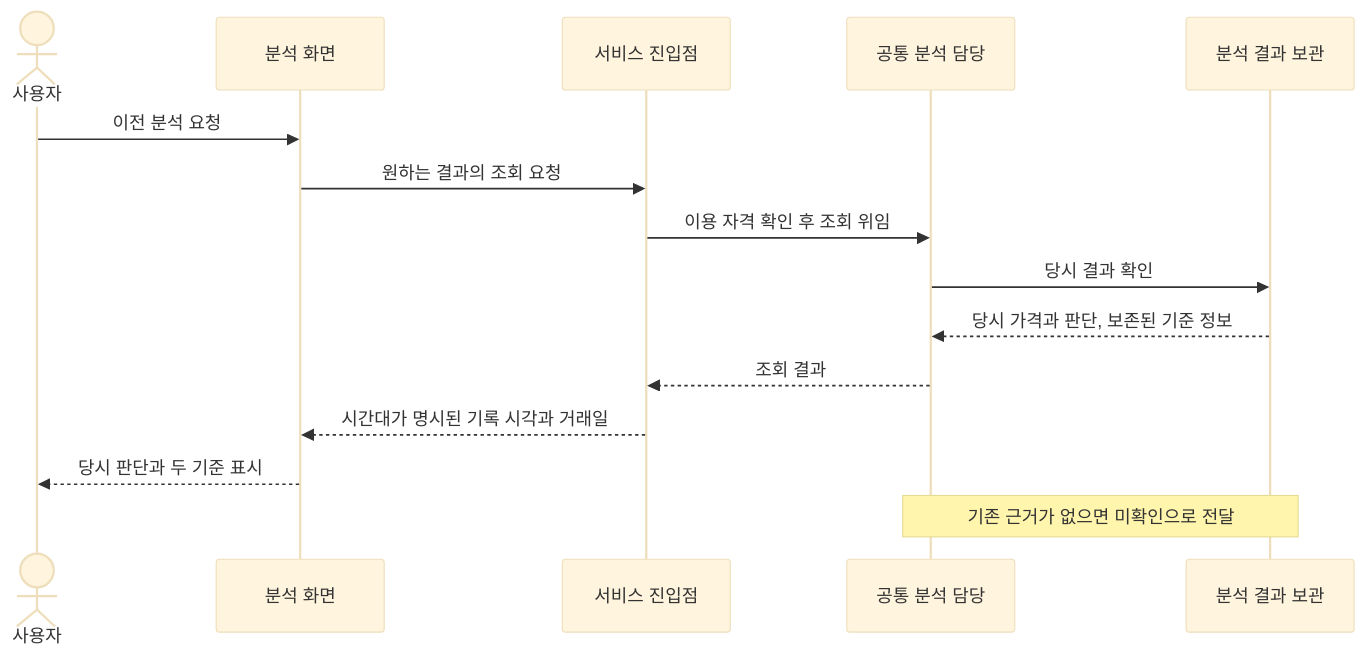
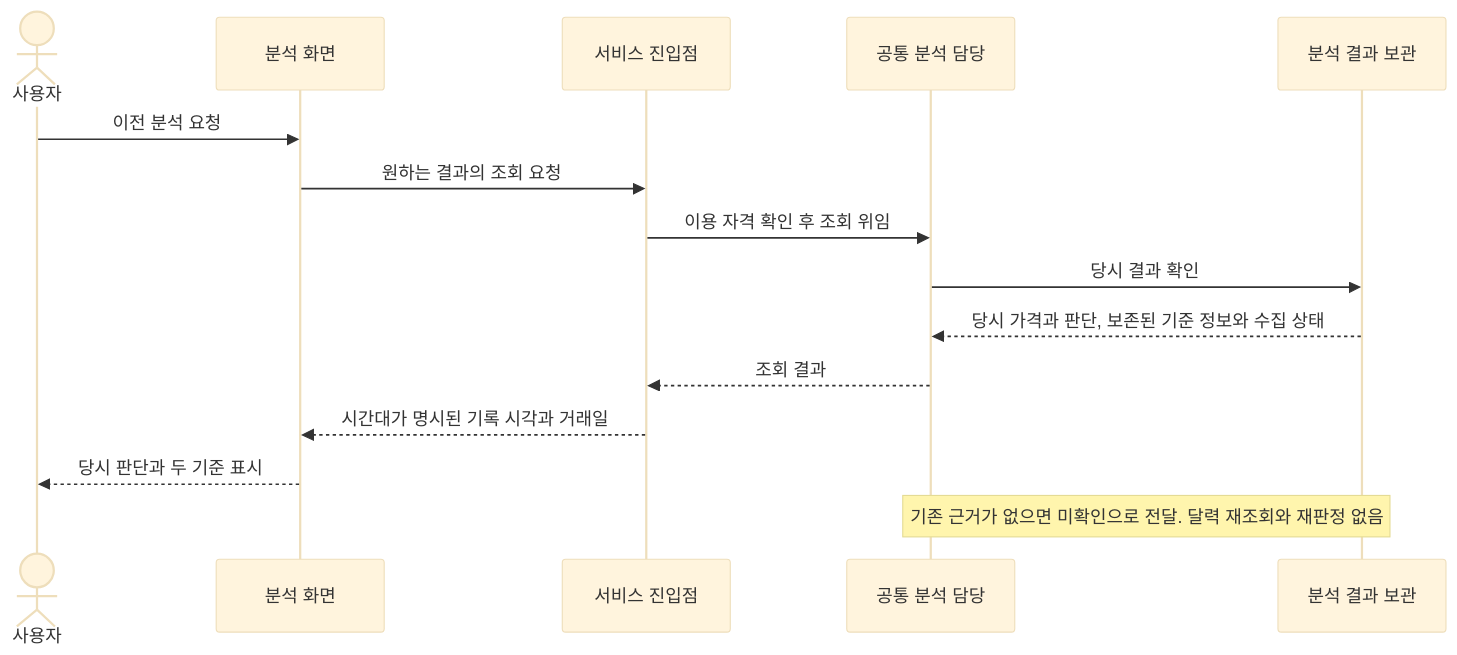
The fourth of 8 diagrams in design/analysis_time_basis_design.md (PhilPark-geosr/stock-agent), drawn with Mermaid (base theme) before and after one commit. The commit also changed other lines of this file and 16 other files, not shown here.

````diff
--- a/design/analysis_time_basis_design.md
+++ b/design/analysis_time_basis_design.md
@@ -119,17 +161,17 @@
 ```mermaid
 sequenceDiagram
     actor U as 사용자
     participant V as 분석 화면
     participant E as 서비스 진입점
     participant A as 공통 분석 담당
     participant R as 분석 결과 보관
     U->>V: 이전 분석 요청
     V->>E: 원하는 결과의 조회 요청
     E->>A: 이용 자격 확인 후 조회 위임
     A->>R: 당시 결과 확인
-    R-->>A: 당시 가격과 판단, 보존된 기준 정보
+    R-->>A: 당시 가격과 판단, 보존된 기준 정보와 수집 상태
     A-->>E: 조회 결과
     E-->>V: 시간대가 명시된 기록 시각과 거래일
     V-->>U: 당시 판단과 두 기준 표시
-    Note over A,R: 기존 근거가 없으면 미확인으로 전달
+    Note over A,R: 기존 근거가 없으면 미확인으로 전달. 달력 재조회와 재판정 없음
 ```
````
